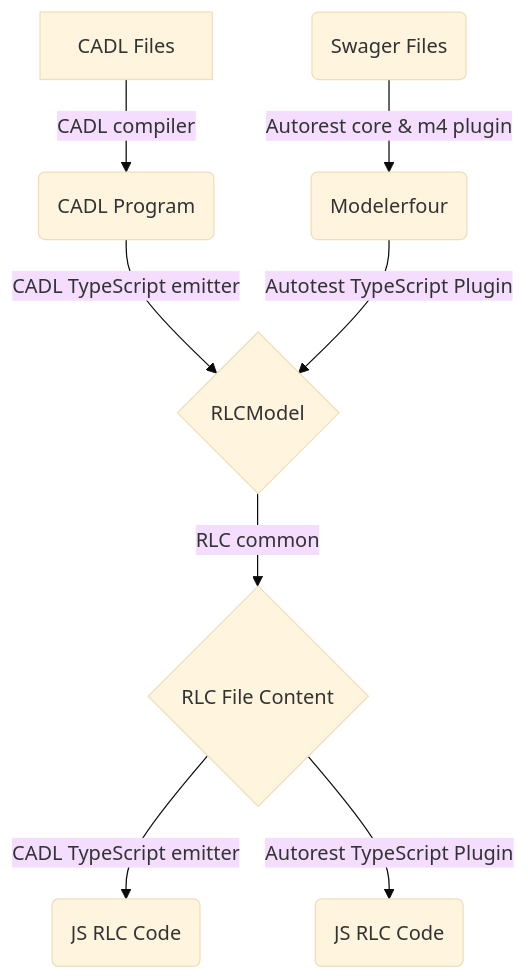
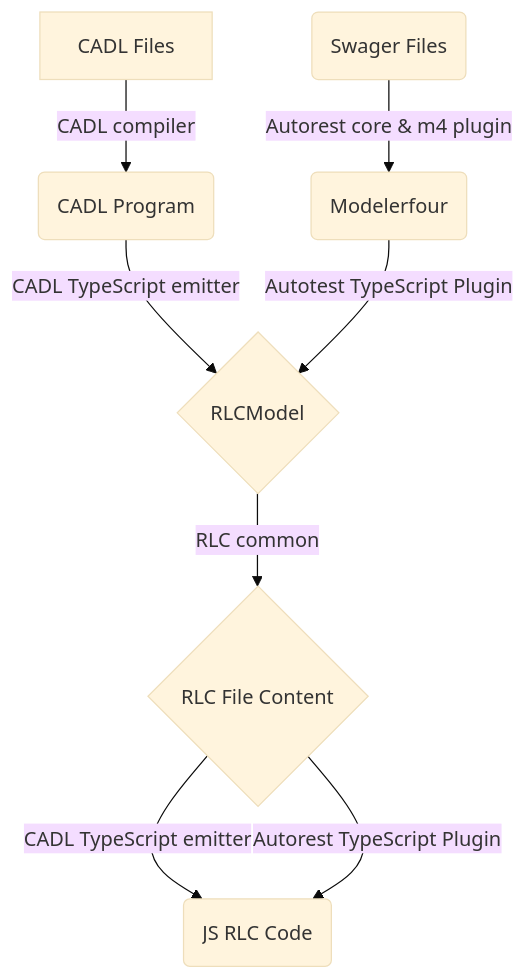
One commit to Azure/autorest.typescript changed the first of 3 diagrams in docs/RLC-generation-Design.md. Above: the diagram before and after it, drawn with Mermaid (base theme).

Commit message:
fix flowchart

````diff
--- a/docs/RLC-generation-Design.md
+++ b/docs/RLC-generation-Design.md
@@ -20,10 +20,10 @@
 ```mermaid
 graph TD
 A[CADL Files] -->|CADL compiler| B(CADL Program)
 B -->|CADL TypeScript emitter| C{RLCModel}
 C --> |RLC common| D{RLC File Content}
 D --> |CADL TypeScript emitter| E(JS RLC Code)
 F(Swager Files) -->|Autorest core & m4 plugin| G(Modelerfour)
 G -->|Autotest TypeScript Plugin| C
-D --> |Autorest TypeScript Plugin| H(JS RLC Code)
+D --> |Autorest TypeScript Plugin| E
 ```
````
